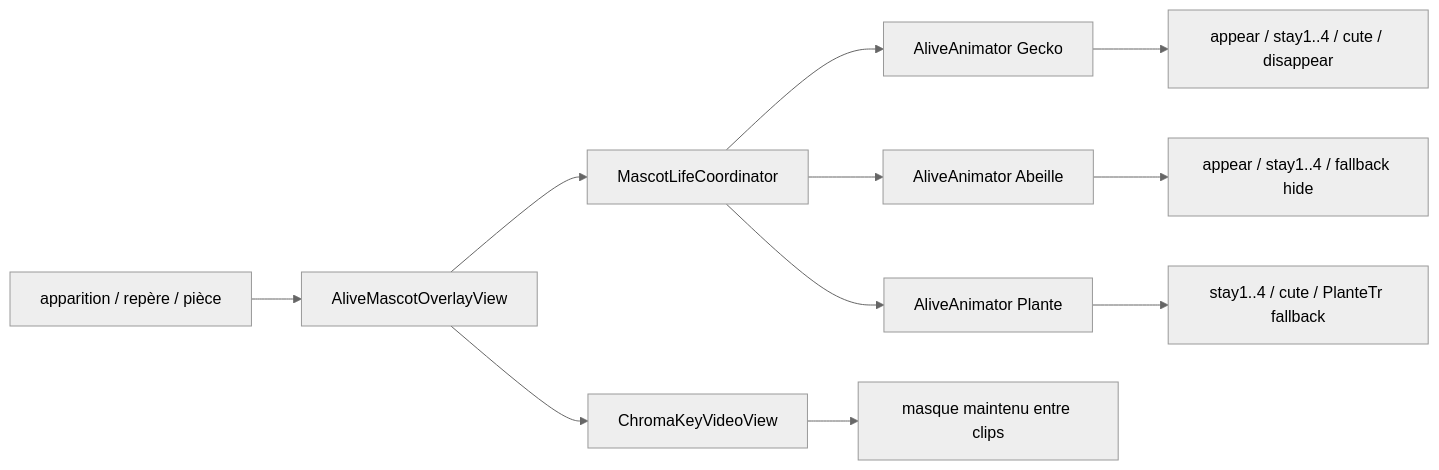
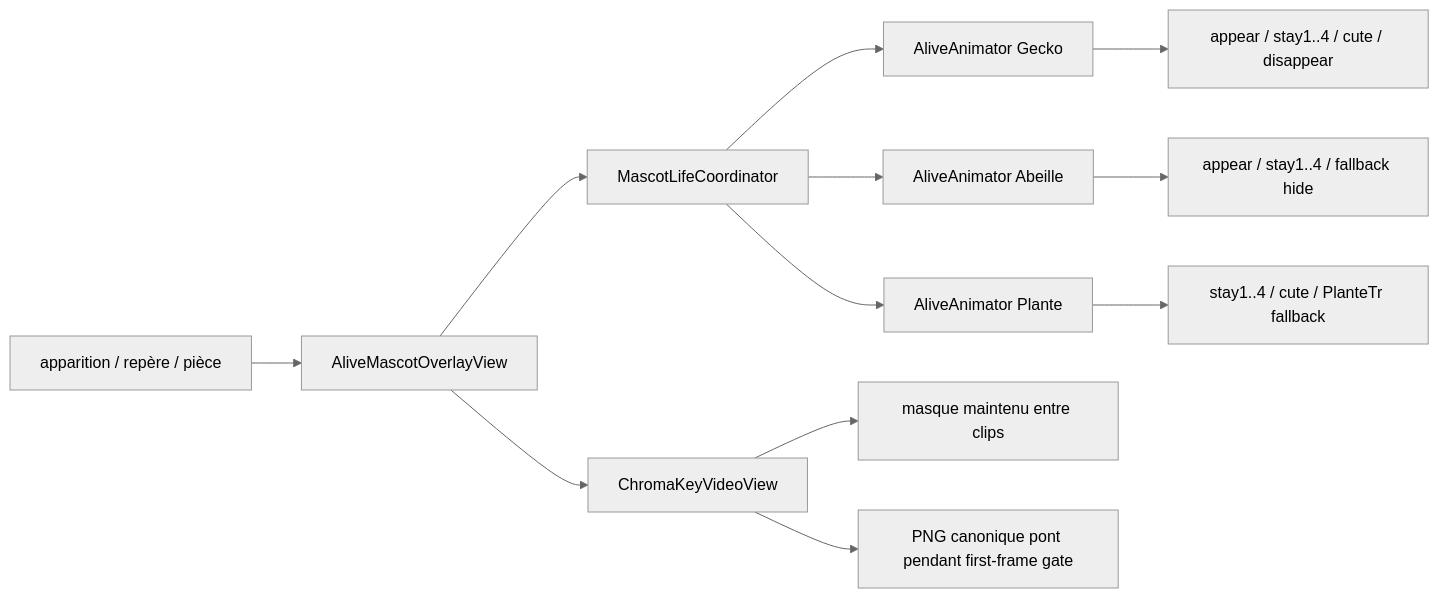
One commit to greenpower2669/GeckoDoku changed diagram 17 of 17 in brainmap.md. Above: the diagram before and after it, drawn with Mermaid (neutral theme). The commit also changed other lines of this file and 7 other files, not shown here.

Commit message:
fix: bridge living mascot clips without blank frame

```diff
--- a/brainmap.md
+++ b/brainmap.md
@@ -494,13 +494,14 @@
 ~~~mermaid
 flowchart LR
     Event[apparition / repère / pièce] --> Layer[AliveMascotOverlayView]
     Layer --> Coord[MascotLifeCoordinator]
     Coord --> G[AliveAnimator Gecko]
     Coord --> B[AliveAnimator Abeille]
     Coord --> P[AliveAnimator Plante]
     G --> GV[appear / stay1..4 / cute / disappear]
     B --> BV[appear / stay1..4 / fallback hide]
     P --> PV[stay1..4 / cute / PlanteTr fallback]
     Layer --> CK[ChromaKeyVideoView]
     CK --> Mask[masque maintenu entre clips]
+    CK --> Bridge[PNG canonique pont pendant first-frame gate]
 ~~~
```
